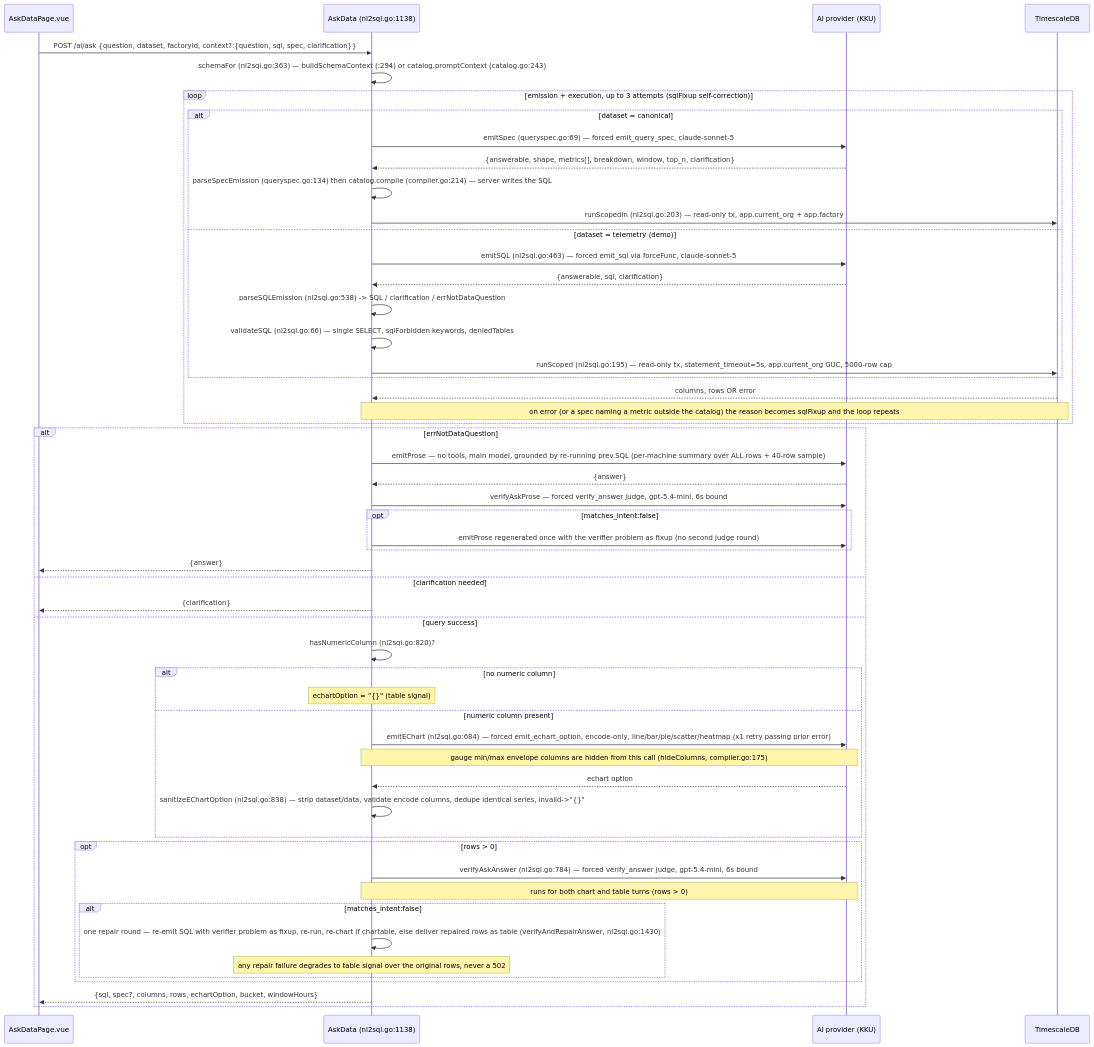
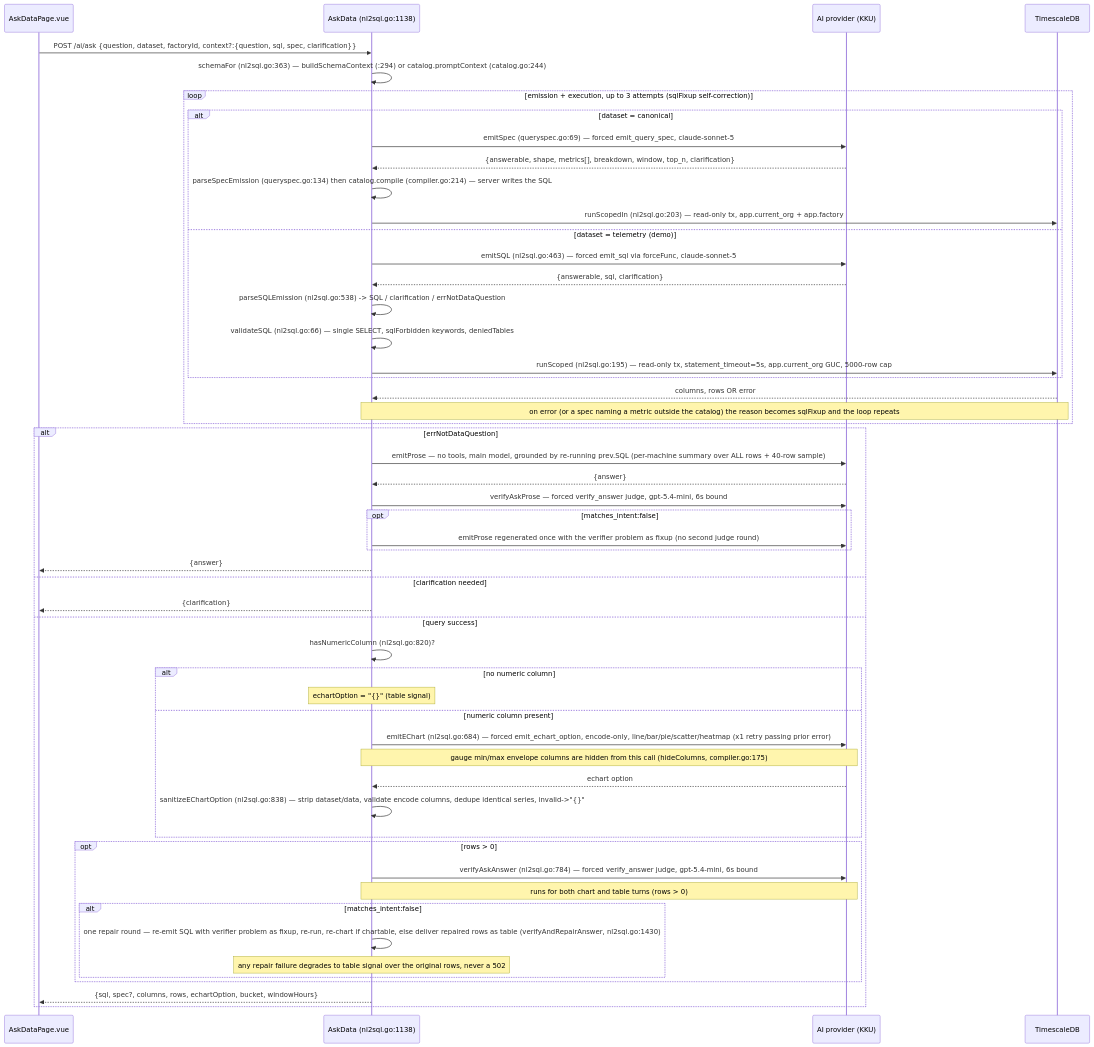
One commit to pepegummo/Project-Dashboard-CPF changed the third of 7 diagrams in docs/ai-pages.md. Above: the diagram before and after it, drawn with Mermaid. The commit also changed other lines of this file and 3 other files, not shown here.

````diff
--- a/docs/ai-pages.md
+++ b/docs/ai-pages.md
@@ -183,58 +185,58 @@
 ```mermaid
 sequenceDiagram
   participant FE as AskDataPage.vue
   participant API as AskData (nl2sql.go:1138)
   participant Groq as AI provider (KKU)
   participant DB as TimescaleDB
 
   FE->>API: POST /ai/ask {question, dataset, factoryId, context?:{question, sql, spec, clarification}}
-  API->>API: schemaFor (nl2sql.go:363) — buildSchemaContext (:294) or catalog.promptContext (catalog.go:243)
+  API->>API: schemaFor (nl2sql.go:363) — buildSchemaContext (:294) or catalog.promptContext (catalog.go:244)
 
   loop emission + execution, up to 3 attempts (sqlFixup self-correction)
     alt dataset = canonical
       API->>Groq: emitSpec (queryspec.go:69) — forced emit_query_spec, claude-sonnet-5
       Groq-->>API: {answerable, shape, metrics[], breakdown, window, top_n, clarification}
       API->>API: parseSpecEmission (queryspec.go:134) then catalog.compile (compiler.go:214) — server writes the SQL
       API->>DB: runScopedIn (nl2sql.go:203) — read-only tx, app.current_org + app.factory
     else dataset = telemetry (demo)
       API->>Groq: emitSQL (nl2sql.go:463) — forced emit_sql via forceFunc, claude-sonnet-5
       Groq-->>API: {answerable, sql, clarification}
       API->>API: parseSQLEmission (nl2sql.go:538) -> SQL / clarification / errNotDataQuestion
       API->>API: validateSQL (nl2sql.go:66) — single SELECT, sqlForbidden keywords, deniedTables
       API->>DB: runScoped (nl2sql.go:195) — read-only tx, statement_timeout=5s, app.current_org GUC, 5000-row cap
     end
     DB-->>API: columns, rows OR error
     Note over API,DB: on error (or a spec naming a metric outside the catalog) the reason becomes sqlFixup and the loop repeats
   end
 
   alt errNotDataQuestion
     API->>Groq: emitProse — no tools, main model, grounded by re-running prev.SQL (per-machine summary over ALL rows + 40-row sample)
     Groq-->>API: {answer}
     API->>Groq: verifyAskProse — forced verify_answer judge, gpt-5.4-mini, 6s bound
     opt matches_intent:false
       API->>Groq: emitProse regenerated once with the verifier problem as fixup (no second judge round)
     end
     API-->>FE: {answer}
   else clarification needed
     API-->>FE: {clarification}
   else query success
     API->>API: hasNumericColumn (nl2sql.go:820)?
     alt no numeric column
       Note over API: echartOption = "{}" (table signal)
     else numeric column present
       API->>Groq: emitEChart (nl2sql.go:684) — forced emit_echart_option, encode-only, line/bar/pie/scatter/heatmap (x1 retry passing prior error)
       Note over API,Groq: gauge min/max envelope columns are hidden from this call (hideColumns, compiler.go:175)
       Groq-->>API: echart option
       API->>API: sanitizeEChartOption (nl2sql.go:838) — strip dataset/data, validate encode columns, dedupe identical series, invalid->"{}"
     end
     opt rows > 0
       API->>Groq: verifyAskAnswer (nl2sql.go:784) — forced verify_answer judge, gpt-5.4-mini, 6s bound
       Note over API,Groq: runs for both chart and table turns (rows > 0)
       alt matches_intent:false
         API->>API: one repair round — re-emit SQL with verifier problem as fixup, re-run, re-chart if chartable, else deliver repaired rows as table (verifyAndRepairAnswer, nl2sql.go:1430)
         Note over API: any repair failure degrades to table signal over the original rows, never a 502
       end
     end
     API-->>FE: {sql, spec?, columns, rows, echartOption, bucket, windowHours}
   end
 ```
````
